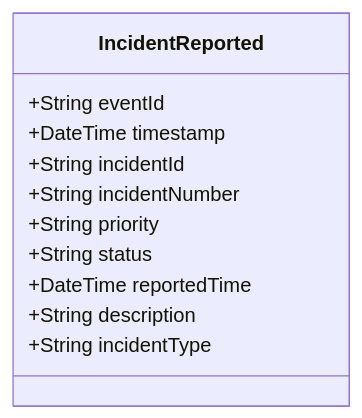
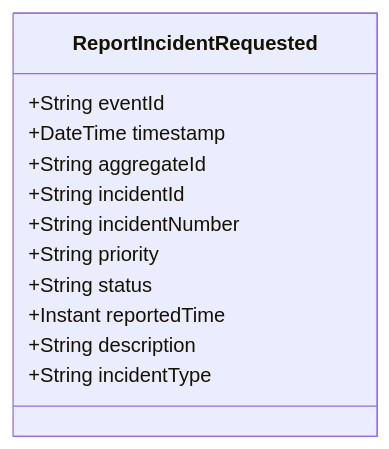
The diagram in doc/events/IncidentReported.md (pgraff/police-system), drawn with Mermaid before and after one commit. The commit also changed other lines of this file and 58 other files, not shown here.

````diff
--- a/doc/events/IncidentReported.md
+++ b/doc/events/IncidentReported.md
@@ -9,14 +9,15 @@
 ```mermaid
 classDiagram
-    class IncidentReported {
+    class ReportIncidentRequested {
         +String eventId
         +DateTime timestamp
+        +String aggregateId
         +String incidentId
         +String incidentNumber
         +String priority
         +String status
-        +DateTime reportedTime
+        +Instant reportedTime
         +String description
         +String incidentType
     }
 ```
````
